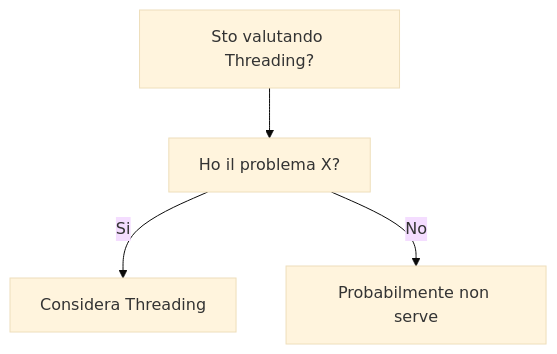
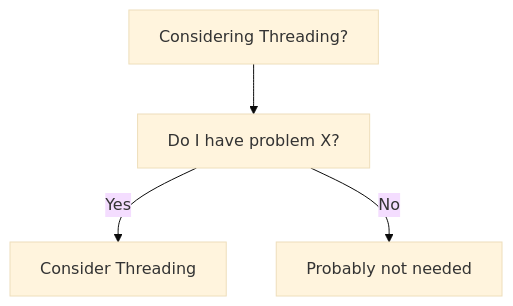
One commit to HxT9/Software-Dev-Wiki changed the diagram in dev-wiki/04_Concurrency/Threading/When_To_Use.md. Above: the diagram before and after it, drawn with Mermaid (base theme). The commit also changed other lines of this file and 3444 other files, not shown here.

````diff
--- a/dev-wiki/04_Concurrency/Threading/When_To_Use.md
+++ b/dev-wiki/04_Concurrency/Threading/When_To_Use.md
@@ -19,6 +19,6 @@
 ```mermaid
 flowchart TD
-  Q[Sto valutando Threading?] --> Q1[Ho il problema X?]
-  Q1 -->|Si| OK[Considera Threading]
-  Q1 -->|No| NO[Probabilmente non serve]
+  Q[Considering Threading?] --> Q1[Do I have problem X?]
+  Q1 -->|Yes| OK[Consider Threading]
+  Q1 -->|No| NO[Probably not needed]
 ```
````
